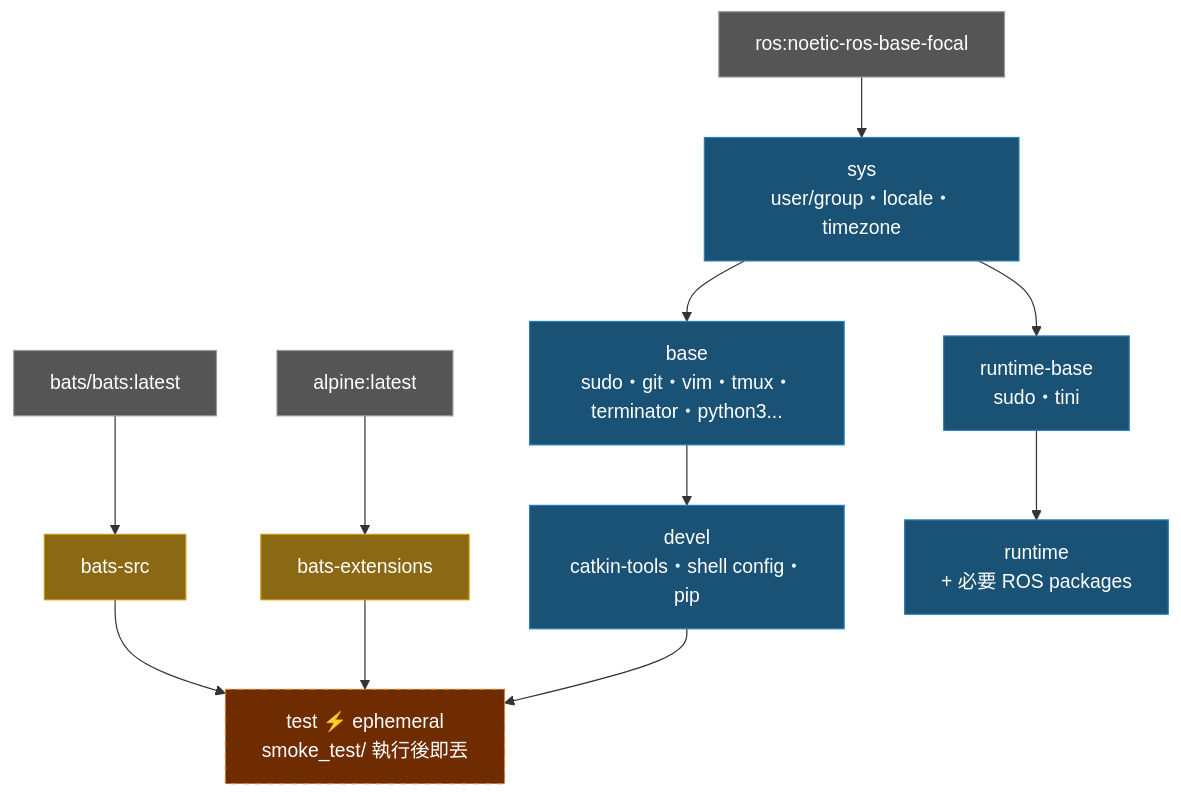
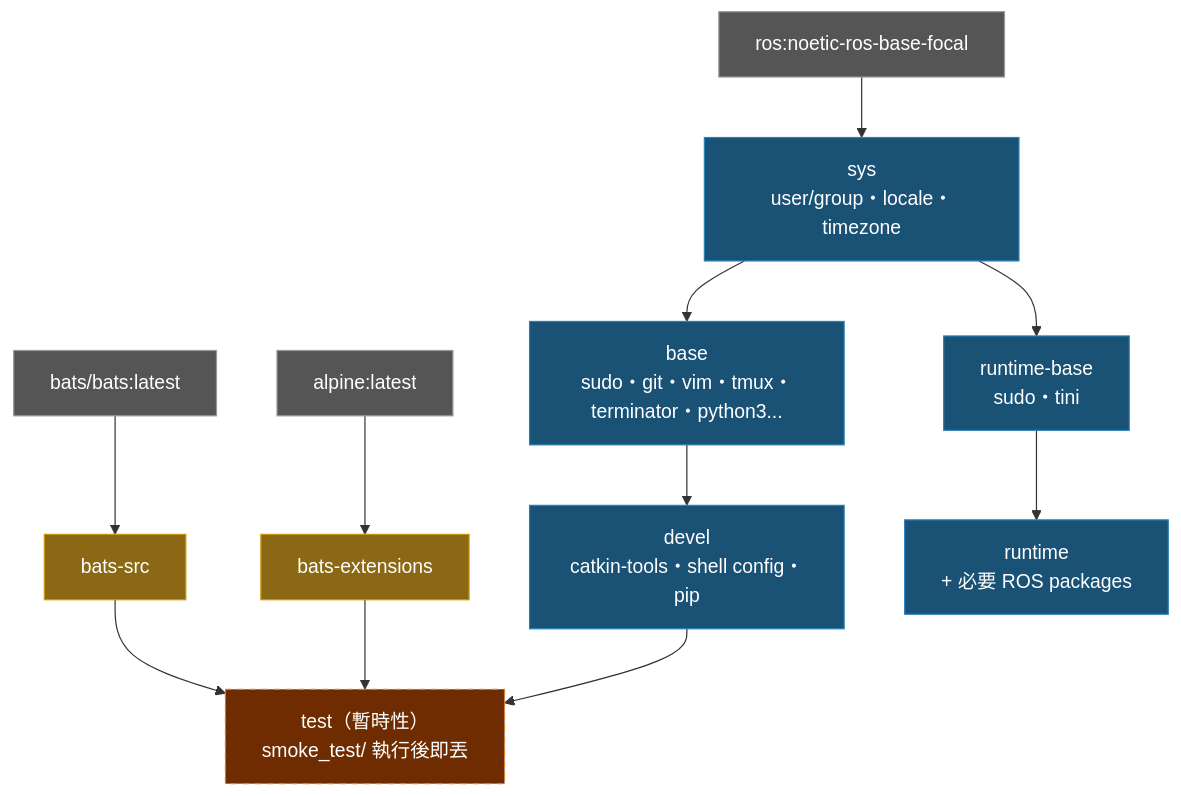
The diagram in doc/README.zh-TW.md (ycpss91255-docker/ros_noetic), drawn with Mermaid before and after one commit. The commit also changed 3 other files, not shown here.

Commit message:
docs: remove ⚡ emoji and translate ephemeral in architecture diagrams

````diff
--- a/doc/README.zh-TW.md
+++ b/doc/README.zh-TW.md
@@ -234,26 +234,26 @@
 ```mermaid
 graph TD
     EXT1["bats/bats:latest"]:::external
     EXT2["alpine:latest"]:::external
     EXT3["ros:noetic-ros-base-focal"]:::external
 
     EXT1 --> bats-src["bats-src"]:::tool
     EXT2 --> bats-ext["bats-extensions"]:::tool
 
     EXT3 --> sys["sys\nuser/group・locale・timezone"]:::stage
 
     sys --> base["base\nsudo・git・vim・tmux・terminator・python3..."]:::stage
     base --> devel["devel\ncatkin-tools・shell config・pip"]:::stage
 
-    bats-src --> test["test  ⚡ ephemeral\nsmoke_test/ 執行後即丟"]:::ephemeral
+    bats-src --> test["test（暫時性）\nsmoke_test/ 執行後即丟"]:::ephemeral
     bats-ext --> test
     devel --> test
 
     sys --> runtime-base["runtime-base\nsudo・tini"]:::stage
     runtime-base --> runtime["runtime\n+ 必要 ROS packages"]:::stage
 
     classDef external fill:#555,color:#fff,stroke:#999
     classDef tool fill:#8B6914,color:#fff,stroke:#c8960c
     classDef stage fill:#1a5276,color:#fff,stroke:#2980b9
     classDef ephemeral fill:#6e2c00,color:#fff,stroke:#e67e22,stroke-dasharray:5 5
 ```
````
